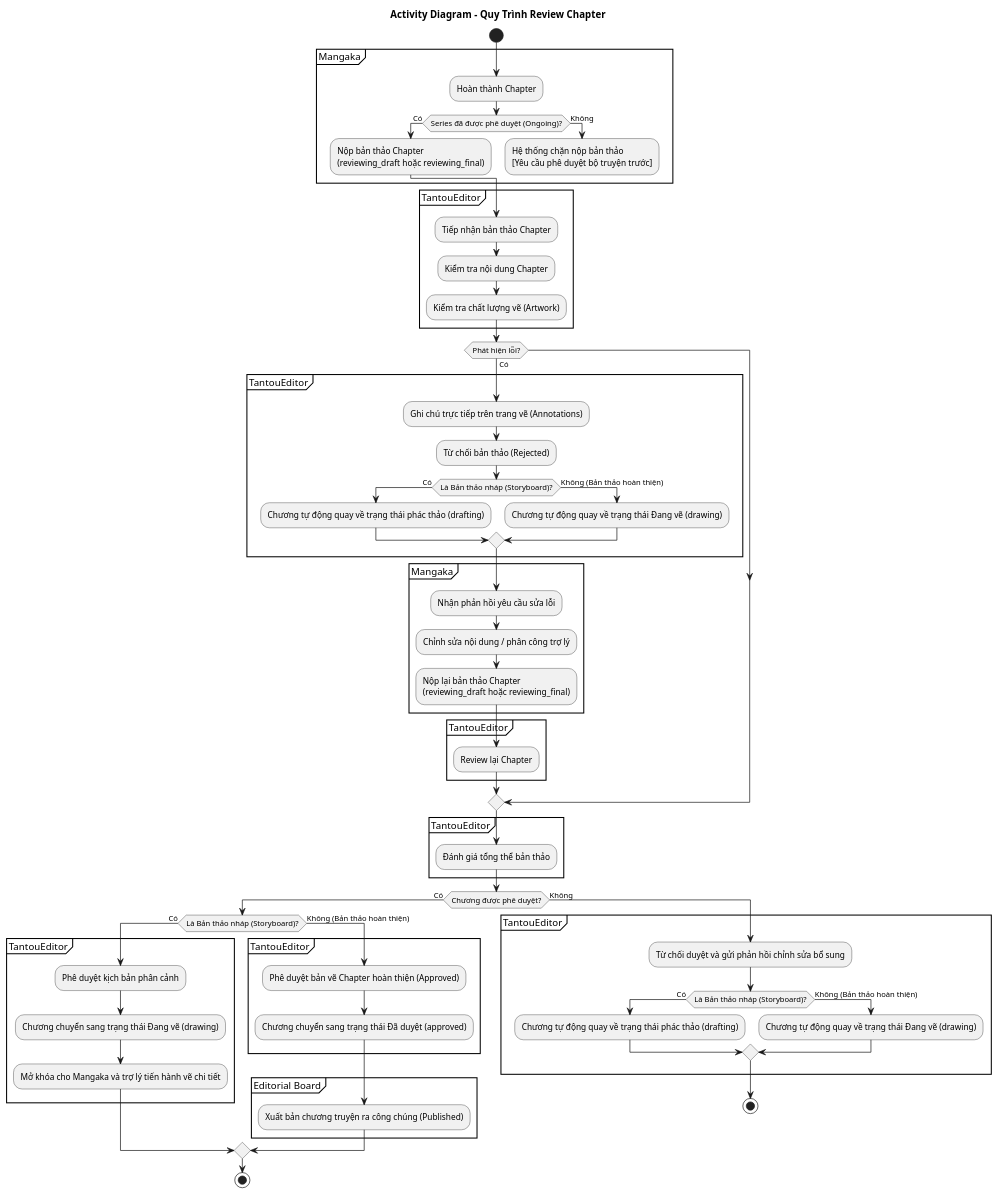
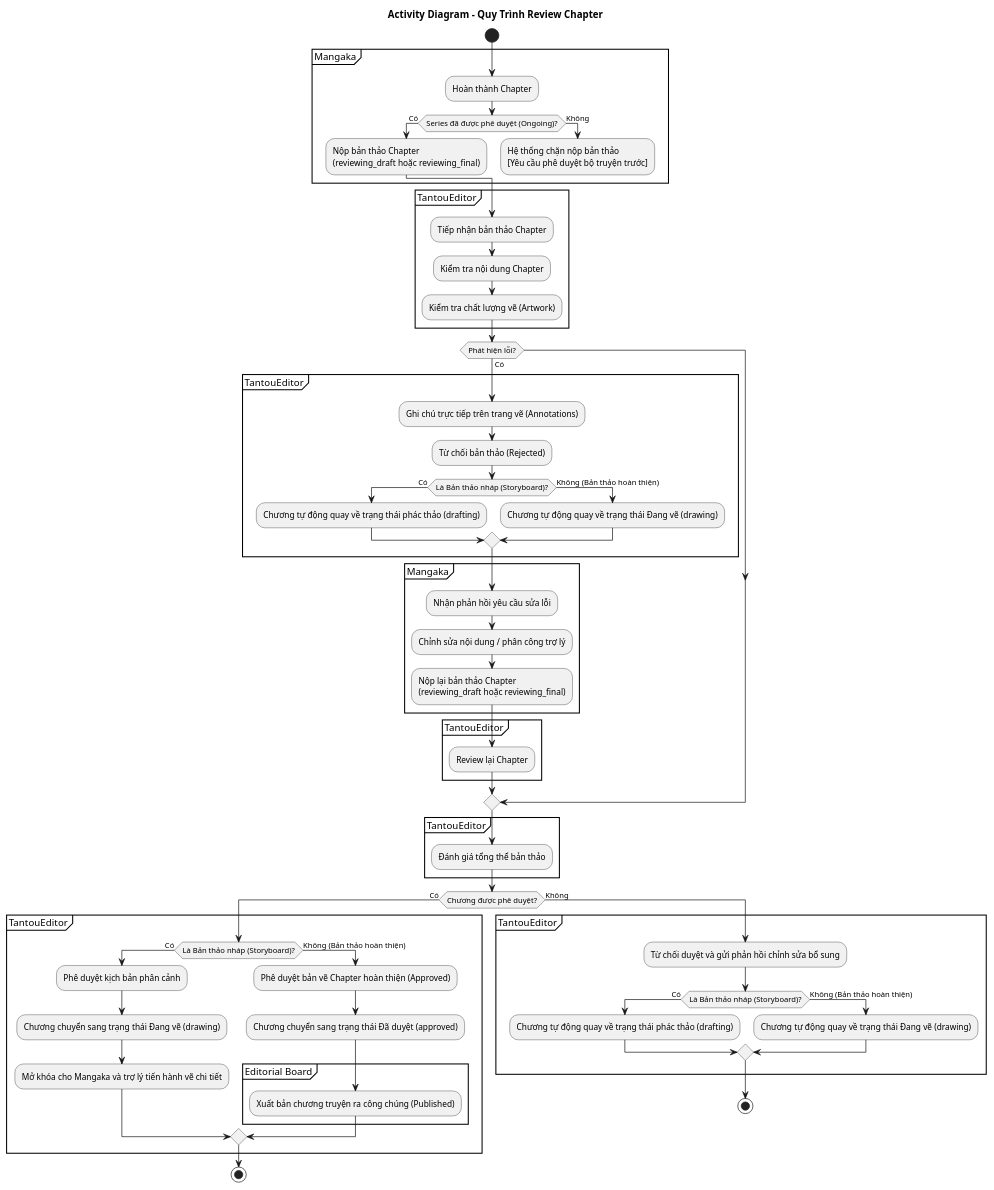
Before and after one commit to trongtan0079/manga-workflow-report: the diagram in UML/Activity_Diagram_quy trình_Review_Chapter.puml, drawn with PlantUML. The commit also changed 29 other files, not shown here.

Commit message:
docs(uml): đồng bộ các sơ đồ thiết kế UML với mã nguồn, sửa lỗi cú pháp sơ đồ hoạt động kiểm duyệt và tái kết xuất hình ảnh

```diff
--- a/UML/Activity_Diagram_quy trình_Review_Chapter.puml
+++ b/UML/Activity_Diagram_quy trình_Review_Chapter.puml
@@ -1,80 +1,78 @@
 @startuml
 title Activity Diagram - Quy Trình Review Chapter
 
 skinparam backgroundColor white
 skinparam shadowing false
 skinparam linetype ortho
 skinparam activityDiamondOrientation vertical
 
 start
 
 partition Mangaka {
   :Hoàn thành Chapter;
   if (Series đã được phê duyệt (Ongoing)?) then (Có)
     :Nộp bản thảo Chapter\n(reviewing_draft hoặc reviewing_final);
   else (Không)
     :Hệ thống chặn nộp bản thảo\n[Yêu cầu phê duyệt bộ truyện trước];
     detach
   endif
 }
 
 partition TantouEditor {
   :Tiếp nhận bản thảo Chapter;
   :Kiểm tra nội dung Chapter;
   :Kiểm tra chất lượng vẽ (Artwork);
 }
 
 if (Phát hiện lỗi?) then (Có)
   partition TantouEditor {
     :Ghi chú trực tiếp trên trang vẽ (Annotations);
     :Từ chối bản thảo (Rejected);
     if (Là Bản thảo nháp (Storyboard)?) then (Có)
       :Chương tự động quay về trạng thái phác thảo (drafting);
     else (Không (Bản thảo hoàn thiện))
       :Chương tự động quay về trạng thái Đang vẽ (drawing);
     endif
   }
   partition Mangaka {
     :Nhận phản hồi yêu cầu sửa lỗi;
     :Chỉnh sửa nội dung / phân công trợ lý;
     :Nộp lại bản thảo Chapter\n(reviewing_draft hoặc reviewing_final);
   }
   partition TantouEditor {
     :Review lại Chapter;
   }
 endif
 
 partition TantouEditor {
   :Đánh giá tổng thể bản thảo;
 }
 
 if (Chương được phê duyệt?) then (Có)
-  if (Là Bản thảo nháp (Storyboard)?) then (Có)
-    partition TantouEditor {
+  partition TantouEditor {
+    if (Là Bản thảo nháp (Storyboard)?) then (Có)
       :Phê duyệt kịch bản phân cảnh;
       :Chương chuyển sang trạng thái Đang vẽ (drawing);
       :Mở khóa cho Mangaka và trợ lý tiến hành vẽ chi tiết;
-    }
-  else (Không (Bản thảo hoàn thiện))
-    partition TantouEditor {
+    else (Không (Bản thảo hoàn thiện))
       :Phê duyệt bản vẽ Chapter hoàn thiện (Approved);
       :Chương chuyển sang trạng thái Đã duyệt (approved);
-    }
-    partition "Editorial Board" {
-      :Xuất bản chương truyện ra công chúng (Published);
-    }
-  endif
+      partition "Editorial Board" {
+        :Xuất bản chương truyện ra công chúng (Published);
+      }
+    endif
+  }
   stop
 else (Không)
   partition TantouEditor {
     :Từ chối duyệt và gửi phản hồi chỉnh sửa bổ sung;
     if (Là Bản thảo nháp (Storyboard)?) then (Có)
       :Chương tự động quay về trạng thái phác thảo (drafting);
     else (Không (Bản thảo hoàn thiện))
       :Chương tự động quay về trạng thái Đang vẽ (drawing);
     endif
   }
   stop
 endif
 
 @enduml
```
